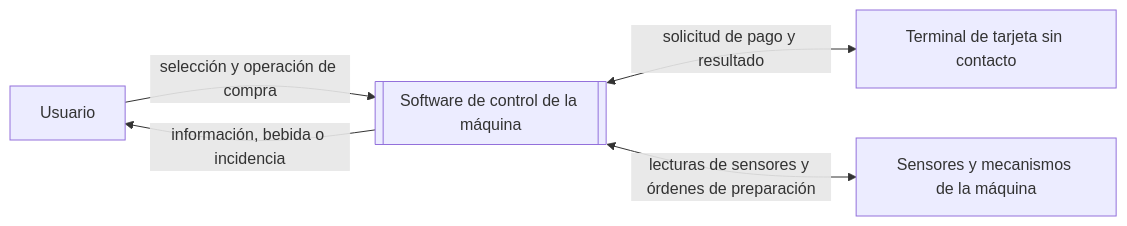
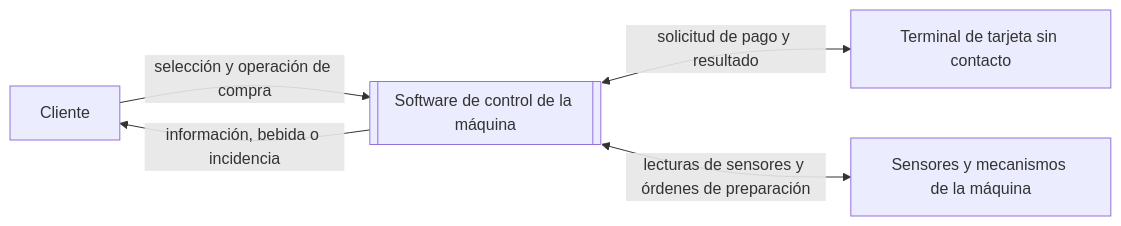
One commit to Mario-Padilla/UC3M-DCSE-P1 changed the diagram in docs/01-requisitos-iniciales/contexto-y-alcance.md. Above: the diagram before and after it, drawn with Mermaid. The commit also changed other lines of this file, not shown here.

````diff
--- a/docs/01-requisitos-iniciales/contexto-y-alcance.md
+++ b/docs/01-requisitos-iniciales/contexto-y-alcance.md
@@ -19,8 +15,8 @@
 ```mermaid
 flowchart LR
-    U[Usuario] -->|selección y operación de compra| S
-    S -->|información, bebida o incidencia| U
+    C[Cliente] -->|selección y operación de compra| S
+    S -->|información, bebida o incidencia| C
     S <-->|solicitud de pago y resultado| T[Terminal de tarjeta sin contacto]
     S <-->|lecturas de sensores y órdenes de preparación| H[Sensores y mecanismos de la máquina]
     S[[Software de control de la máquina]]
 ```
````
